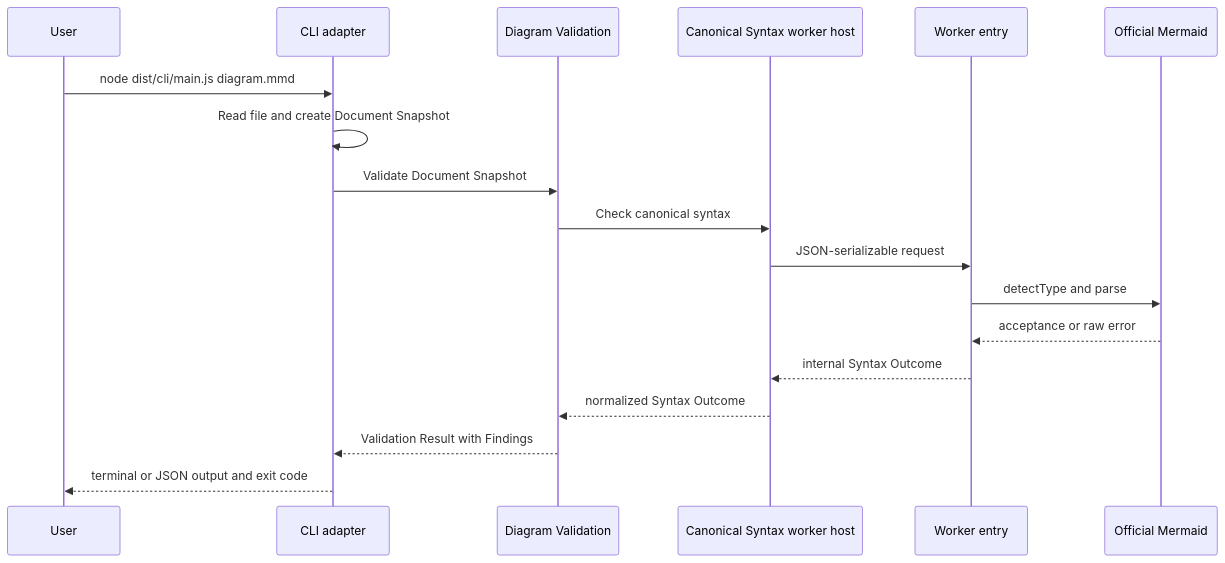
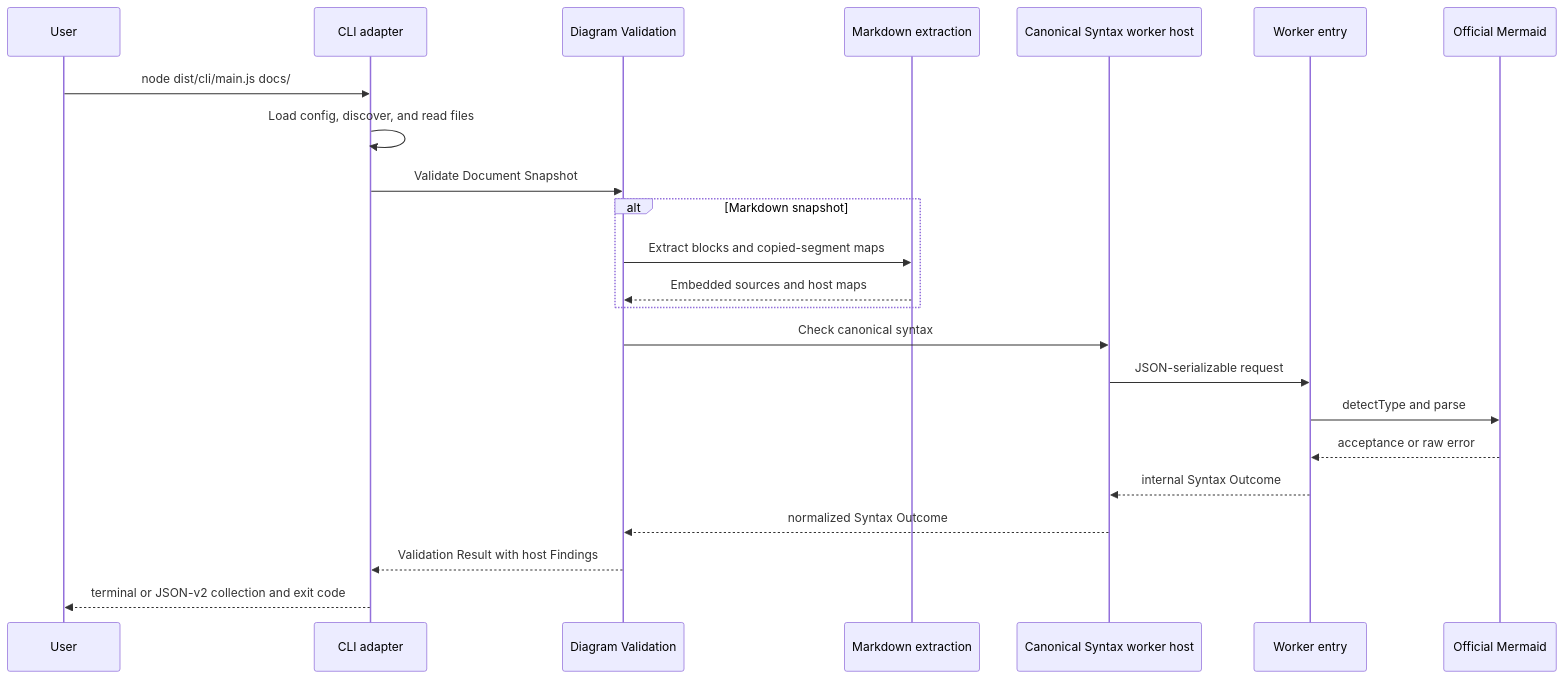
Before and after one commit to sanbaiw/mermaid-validator: the second of 2 diagrams in ARCHITECTURE.md, drawn with Mermaid. The commit also changed other lines of this file and 41 other files, not shown here.

````diff
--- a/ARCHITECTURE.md
+++ b/ARCHITECTURE.md
@@ -242,21 +252,26 @@
 ```mermaid
 sequenceDiagram
   participant User
   participant CLI as CLI adapter
   participant Validation as Diagram Validation
+  participant Markdown as Markdown extraction
   participant Host as Canonical Syntax worker host
   participant Worker as Worker entry
   participant Mermaid as Official Mermaid
 
-  User->>CLI: node dist/cli/main.js diagram.mmd
-  CLI->>CLI: Read file and create Document Snapshot
+  User->>CLI: node dist/cli/main.js docs/
+  CLI->>CLI: Load config, discover, and read files
   CLI->>Validation: Validate Document Snapshot
+  alt Markdown snapshot
+    Validation->>Markdown: Extract blocks and copied-segment maps
+    Markdown-->>Validation: Embedded sources and host maps
+  end
   Validation->>Host: Check canonical syntax
   Host->>Worker: JSON-serializable request
   Worker->>Mermaid: detectType and parse
   Mermaid-->>Worker: acceptance or raw error
   Worker-->>Host: internal Syntax Outcome
   Host-->>Validation: normalized Syntax Outcome
-  Validation-->>CLI: Validation Result with Findings
-  CLI-->>User: terminal or JSON output and exit code
+  Validation-->>CLI: Validation Result with host Findings
+  CLI-->>User: terminal or JSON-v2 collection and exit code
 ```
````
